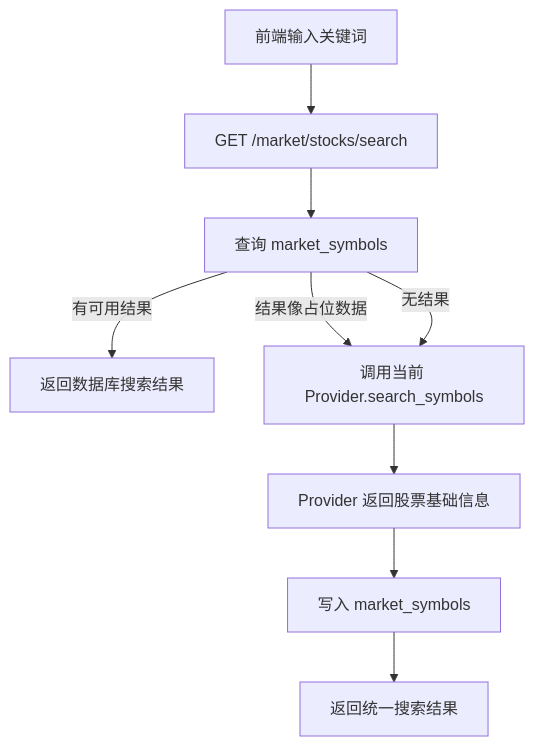
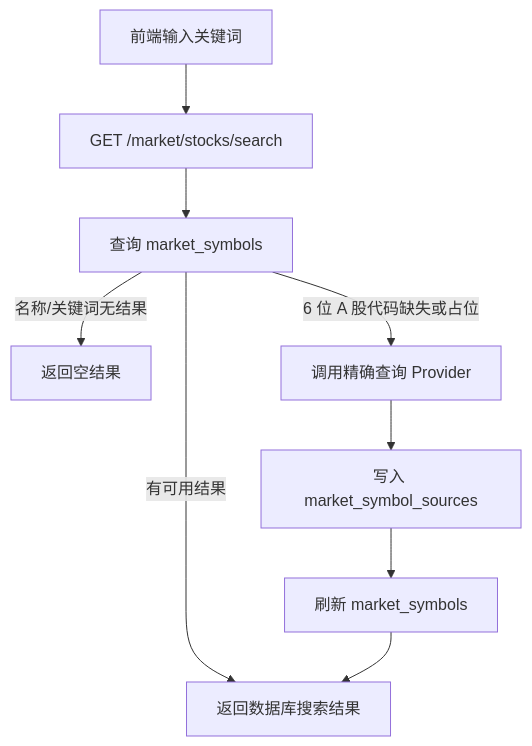
Before and after one commit to deleson/langgraph_commerce_stock_backend: the diagram in docs/api全面介绍.md, drawn with Mermaid. The commit also changed other lines of this file and 31 other files, not shown here.

Commit message:
feat: add market symbol sync workflow

````diff
--- a/docs/api全面介绍.md
+++ b/docs/api全面介绍.md
@@ -229,11 +230,11 @@
 ```mermaid
 flowchart TD
     A["前端输入关键词"] --> B["GET /market/stocks/search"]
     B --> C["查询 market_symbols"]
     C -->|有可用结果| D["返回数据库搜索结果"]
-    C -->|结果像占位数据| E["调用当前 Provider.search_symbols"]
-    C -->|无结果| E["调用当前 Provider.search_symbols"]
-    E --> F["Provider 返回股票基础信息"]
-    F --> G["写入 market_symbols"]
-    G --> H["返回统一搜索结果"]
+    C -->|名称/关键词无结果| E["返回空结果"]
+    C -->|6 位 A 股代码缺失或占位| F["调用精确查询 Provider"]
+    F --> G["写入 market_symbol_sources"]
+    G --> H["刷新 market_symbols"]
+    H --> D
 ```
````
